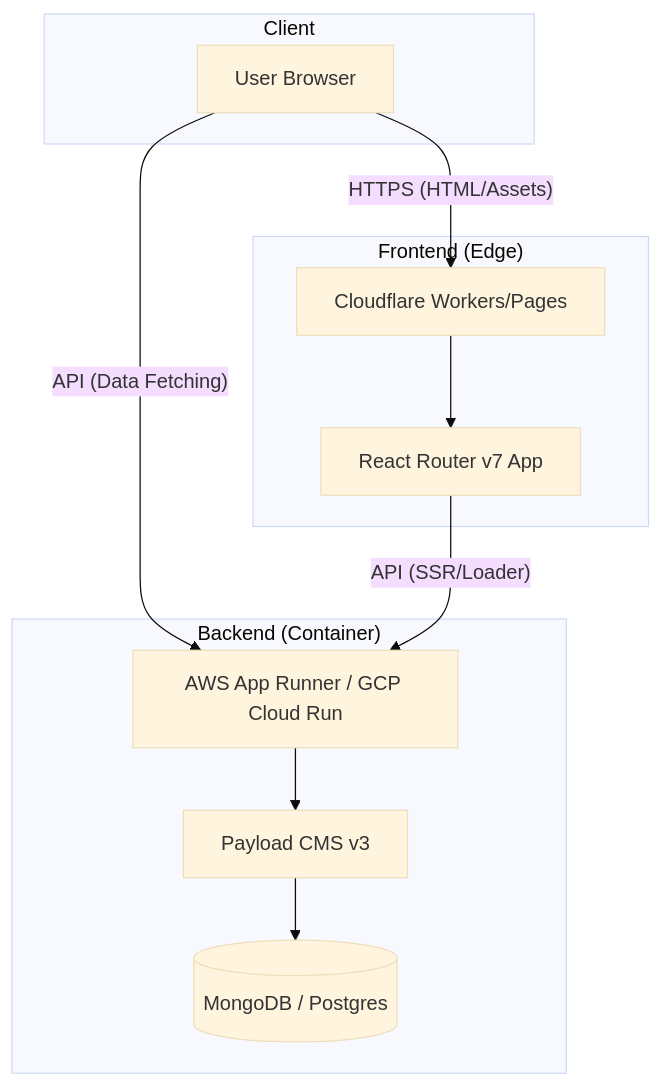
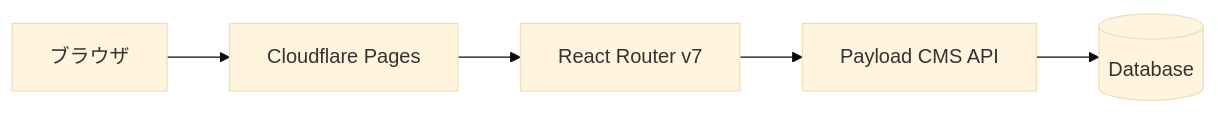
Before and after one commit to kou234gh/blog: the second of 2 diagrams in docs/ARCHITECTURE.md, drawn with Mermaid (base theme). The commit also changed other lines of this file and 22 other files, not shown here.

````diff
--- a/docs/ARCHITECTURE.md
+++ b/docs/ARCHITECTURE.md
@@ -7,25 +16,7 @@
 ```mermaid
-graph TD
-    subgraph "Frontend (Edge)"
-        CF[Cloudflare Workers/Pages]
-        RR[React Router v7 App]
-        CF --> RR
-    end
-
-    subgraph "Backend (Container)"
-        Cloud[AWS App Runner / GCP Cloud Run]
-        Payload[Payload CMS v3]
-        DB[(MongoDB / Postgres)]
-
-        Cloud --> Payload
-        Payload --> DB
-    end
-
-    subgraph "Client"
-        Browser[User Browser]
-    end
-
-    Browser -- HTTPS (HTML/Assets) --> CF
-    Browser -- API (Data Fetching) --> Cloud
-    RR -- API (SSR/Loader) --> Cloud
+graph LR
+    Browser[ブラウザ] --> CF[Cloudflare Pages]
+    CF --> RR[React Router v7]
+    RR --> API[Payload CMS API]
+    API --> DB[(Database)]
 ```
````
